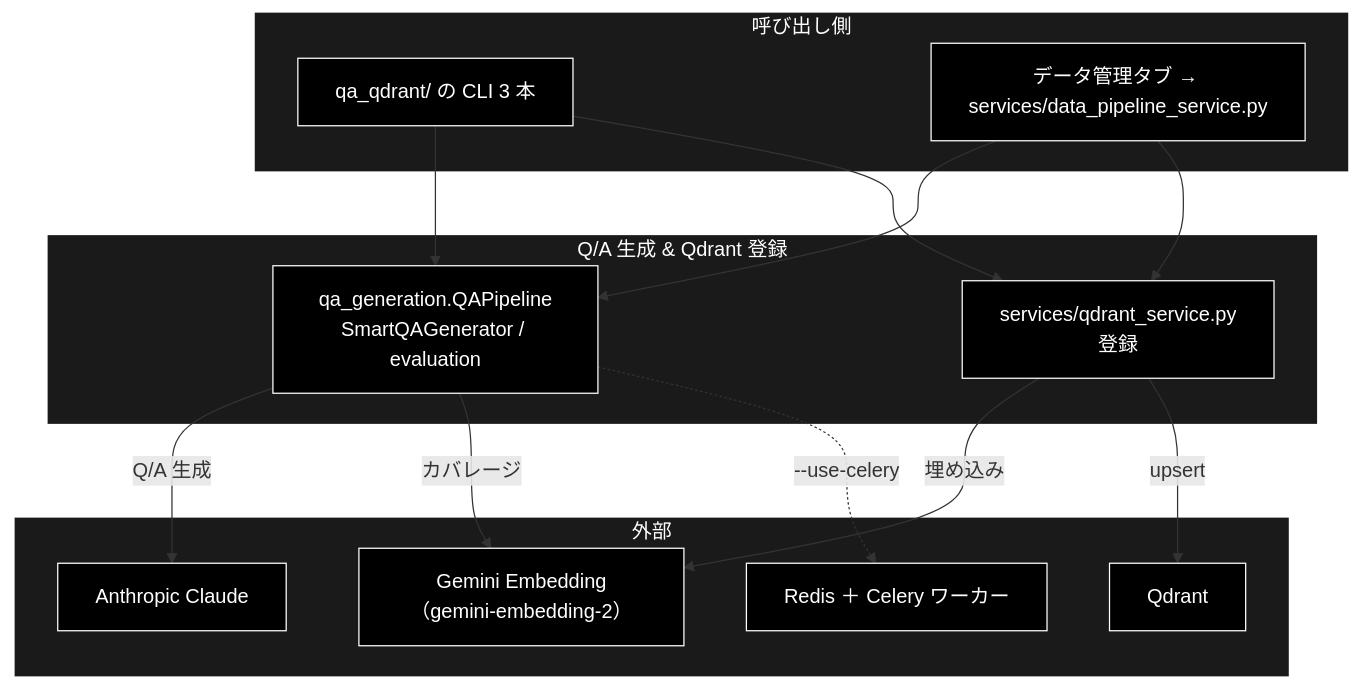
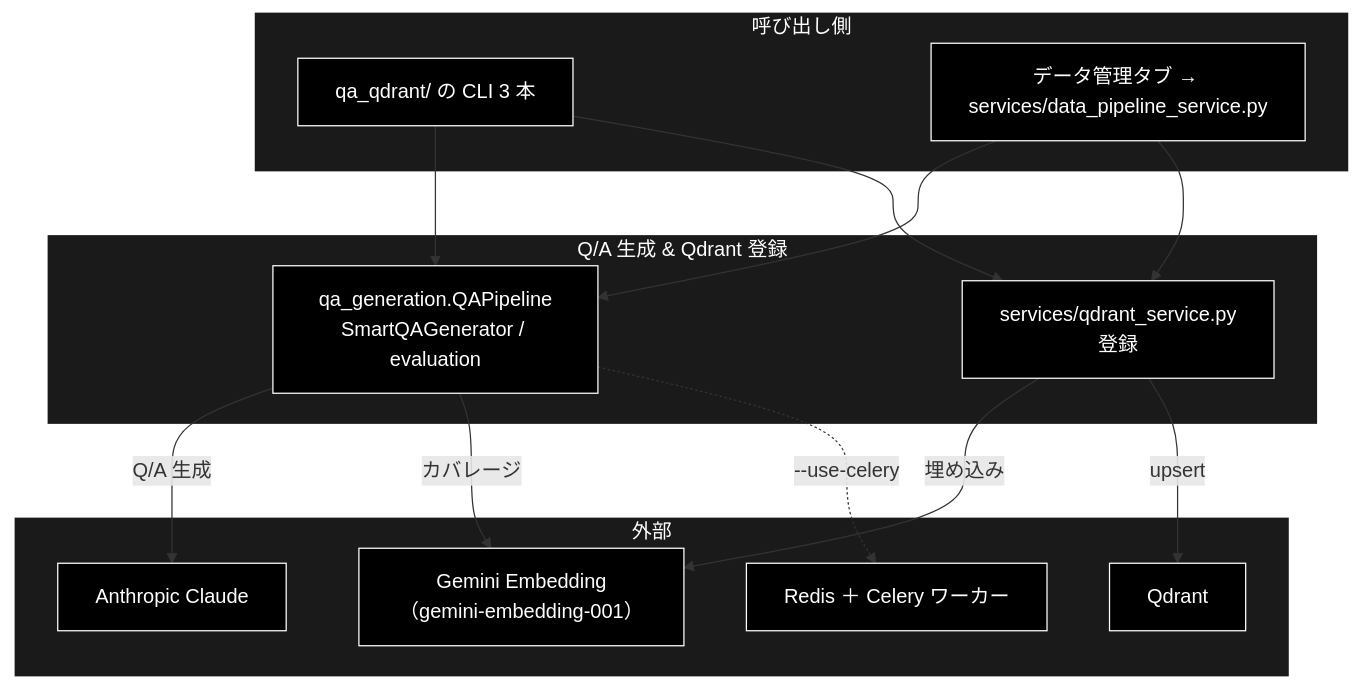
Before and after one commit to nakashima2toshio/grace_v2: the diagram in qa_qdrant/docs/qa_qdrant_architecture.md, drawn with Mermaid. The commit also changed other lines of this file and 56 other files, not shown here.

First line of the commit message:
revert: Embedding を gemini-embedding-001 に戻す（Qdrant の再登録を不要にする）

````diff
--- a/qa_qdrant/docs/qa_qdrant_architecture.md
+++ b/qa_qdrant/docs/qa_qdrant_architecture.md
@@ -50,32 +50,32 @@
 ```mermaid
 flowchart TB
     subgraph CALLER["呼び出し側"]
         CLI["qa_qdrant/ の CLI 3 本"]
         WEB["データ管理タブ → services/data_pipeline_service.py"]
     end
     subgraph TARGET["Q/A 生成 & Qdrant 登録"]
         PIPE["qa_generation.QAPipeline<br>SmartQAGenerator / evaluation"]
         REG["services/qdrant_service.py<br>登録"]
     end
     subgraph EXTERNAL["外部"]
         LLM["Anthropic Claude"]
-        EMB["Gemini Embedding（gemini-embedding-2）"]
+        EMB["Gemini Embedding（gemini-embedding-001）"]
         QD["Qdrant"]
         RD["Redis ＋ Celery ワーカー"]
     end
     CLI --> PIPE
     CLI --> REG
     WEB --> PIPE
     WEB --> REG
     PIPE -->|"Q/A 生成"| LLM
     PIPE -->|"カバレージ"| EMB
     PIPE -.->|"--use-celery"| RD
     REG -->|"埋め込み"| EMB
     REG -->|"upsert"| QD
 classDef default fill:#000,stroke:#fff,color:#fff
 classDef subgraphStyle fill:#1a1a1a,stroke:#fff,color:#fff
 class CLI,WEB,PIPE,REG,LLM,EMB,QD,RD default
 style CALLER fill:#1a1a1a,stroke:#fff,color:#fff
 style TARGET fill:#1a1a1a,stroke:#fff,color:#fff
 style EXTERNAL fill:#1a1a1a,stroke:#fff,color:#fff
 ```
````
